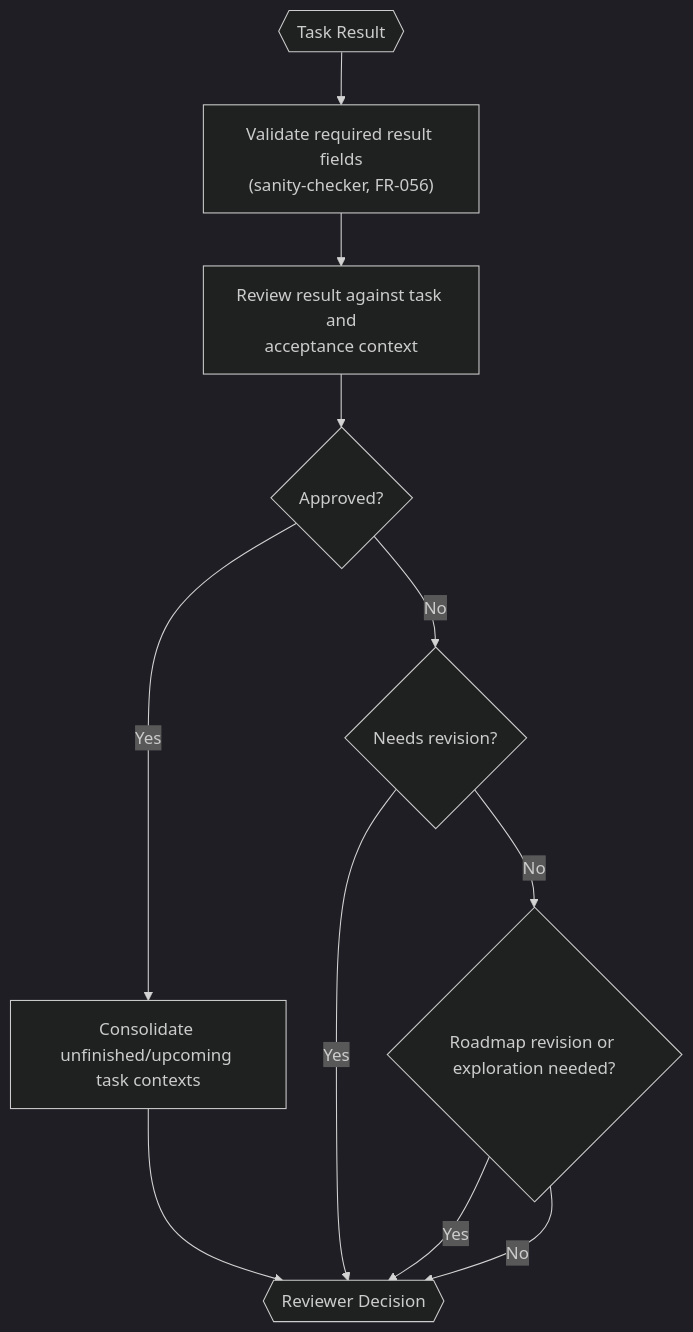
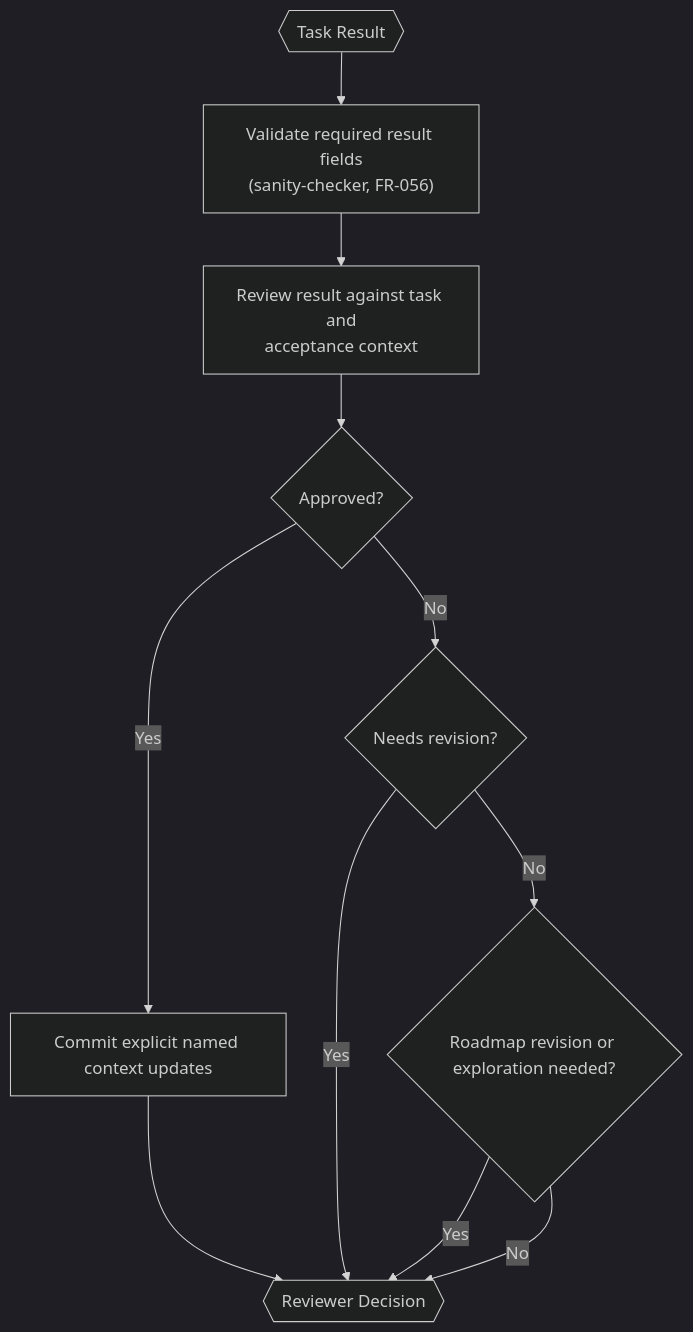
Before and after one commit to VJyzCELERY/TINYCUA: the diagram in src/tinycua/docs/architecture/result-reviewer.md, drawn with Mermaid (dark theme). The commit also changed other lines of this file and 30 other files, not shown here.

````diff
--- a/src/tinycua/docs/architecture/result-reviewer.md
+++ b/src/tinycua/docs/architecture/result-reviewer.md
@@ -61,22 +63,22 @@
 ```mermaid
 flowchart TD
     INPUT{{"Task Result"}}
     CHECK["Validate required result fields\n(sanity-checker, FR-056)"]
     REVIEW["Review result against task and\nacceptance context"]
     APPROVED{"Approved?"}
-    PROP["Consolidate unfinished/upcoming task contexts"]
+    PROP["Commit explicit named context updates"]
     REVISE{"Needs revision?"}
     REPLAN{"Roadmap revision or exploration needed?"}
     OUT{{"Reviewer Decision"}}
 
     INPUT --> CHECK
     CHECK --> REVIEW
     REVIEW --> APPROVED
     APPROVED -->|Yes| PROP
     PROP --> OUT
     APPROVED -->|No| REVISE
     REVISE -->|Yes| OUT
     REVISE -->|No| REPLAN
     REPLAN -->|Yes| OUT
     REPLAN -->|No| OUT
 ```
````
